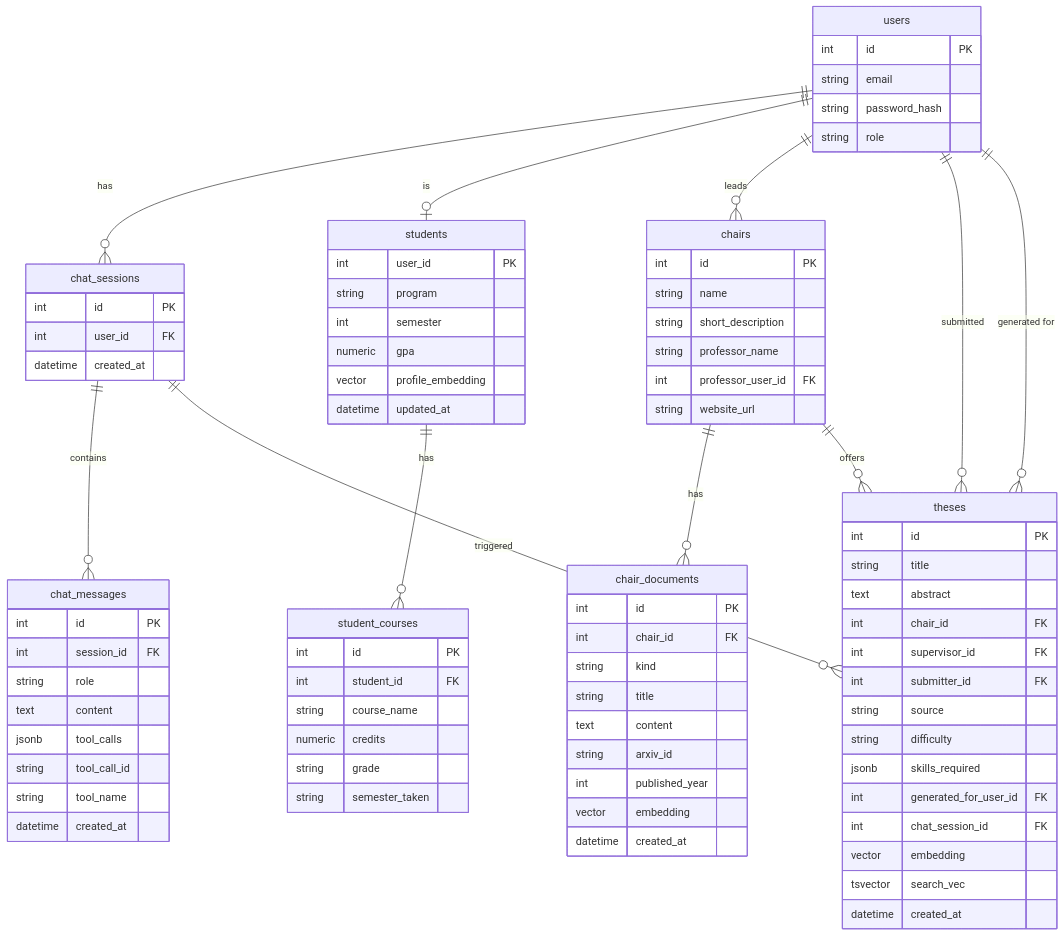
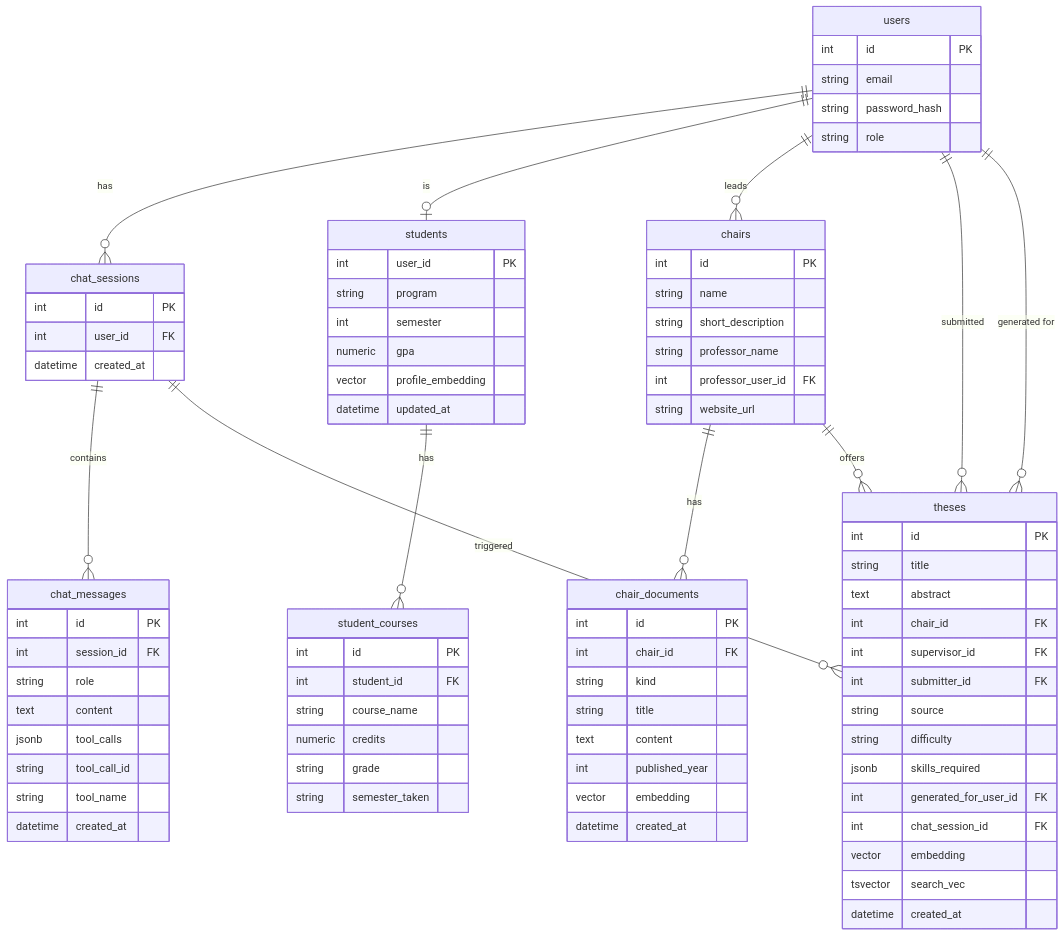
The tenth of 11 diagrams in backend/docs/agent_architecture.md (Tue-StudyOS/study-os-thesis), drawn with Mermaid before and after one commit. The commit also changed other lines of this file and 51 other files, not shown here.

```diff
--- a/backend/docs/agent_architecture.md
+++ b/backend/docs/agent_architecture.md
@@ -246,7 +246,6 @@
         string kind
         string title
         text content
-        string arxiv_id
         int published_year
         vector embedding
         datetime created_at
```
